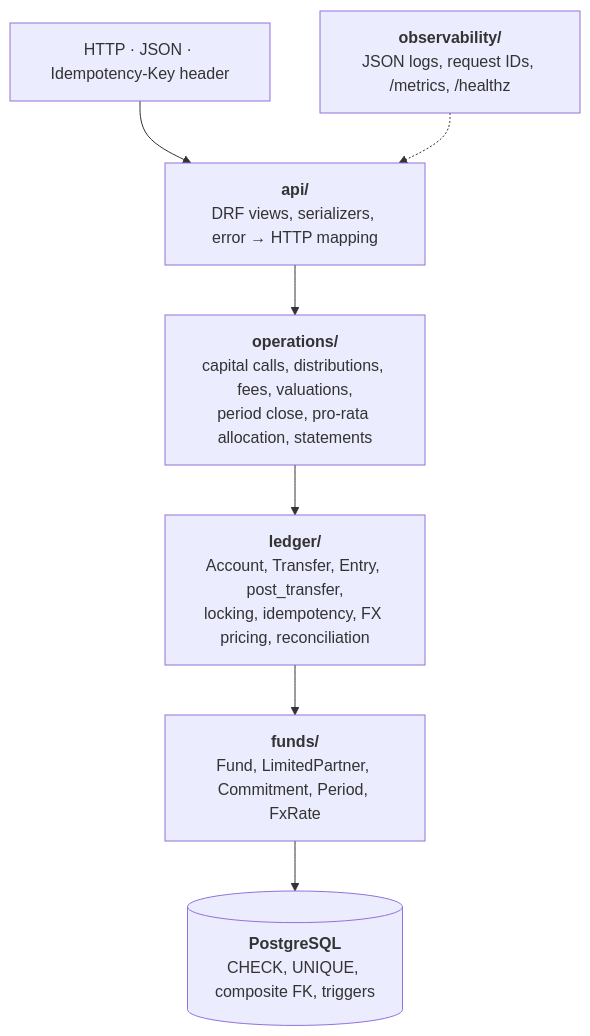
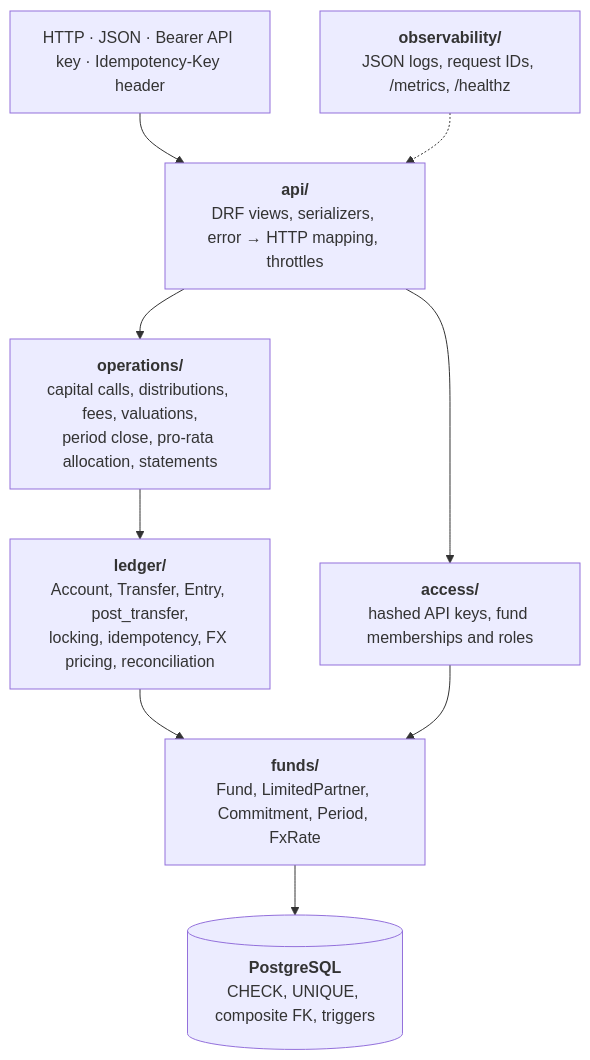
One commit to IbraCoded/fund-ledger changed the diagram in README.md. Above: the diagram before and after it, drawn with Mermaid. The commit also changed other lines of this file and 2 other files, not shown here.

````diff
--- a/README.md
+++ b/README.md
@@ -26,11 +27,13 @@
 ```mermaid
 flowchart TB
-    HTTP["HTTP · JSON · Idempotency-Key header"] --> api
-    api["<b>api/</b><br/>DRF views, serializers, error → HTTP mapping"]
+    HTTP["HTTP · JSON · Bearer API key · Idempotency-Key header"] --> api
+    api["<b>api/</b><br/>DRF views, serializers, error → HTTP mapping, throttles"]
+    access["<b>access/</b><br/>hashed API keys, fund memberships and roles"]
     ops["<b>operations/</b><br/>capital calls, distributions, fees, valuations,<br/>period close, pro-rata allocation, statements"]
     ledger["<b>ledger/</b><br/>Account, Transfer, Entry, post_transfer,<br/>locking, idempotency, FX pricing, reconciliation"]
     funds["<b>funds/</b><br/>Fund, LimitedPartner, Commitment, Period, FxRate"]
     pg[("<b>PostgreSQL</b><br/>CHECK, UNIQUE, composite FK, triggers")]
     api --> ops --> ledger --> funds --> pg
+    api --> access --> funds
     obs["<b>observability/</b><br/>JSON logs, request IDs, /metrics, /healthz"] -.-> api
 ```
````
